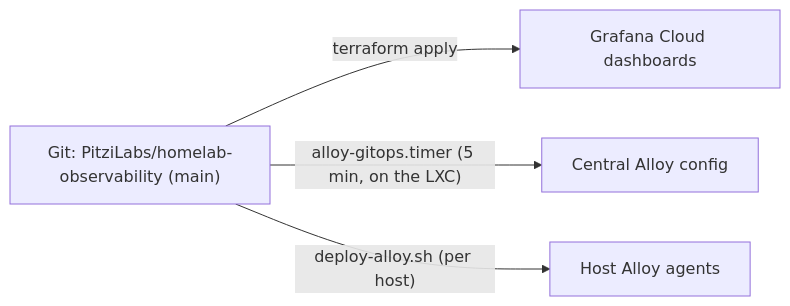
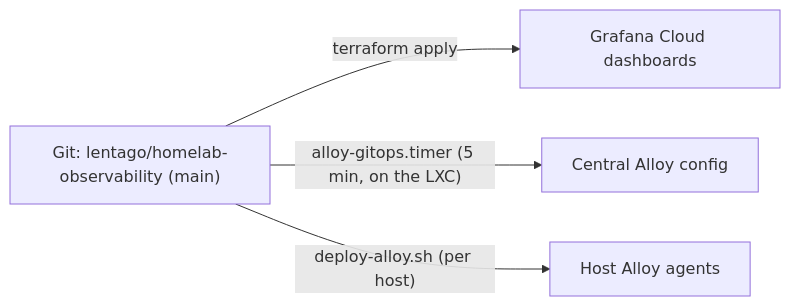
The second of 2 diagrams in docs/metrics-flow.md (PitziLabs/homelab-observability), drawn with Mermaid before and after one commit. The commit also changed 5 other files, not shown here.

First line of the commit message:
docs(rebrand): PitziLabs → Lentago Labs (github.com/lentago) (#98)

````diff
--- a/docs/metrics-flow.md
+++ b/docs/metrics-flow.md
@@ -105,7 +105,7 @@
 ```mermaid
 flowchart LR
-  repo["Git: PitziLabs/homelab-observability (main)"]
+  repo["Git: lentago/homelab-observability (main)"]
   repo -- "terraform apply" --> dash["Grafana Cloud dashboards"]
   repo -- "alloy-gitops.timer (5 min, on the LXC)" --> central["Central Alloy config"]
   repo -- "deploy-alloy.sh (per host)" --> agents["Host Alloy agents"]
 ```
````
